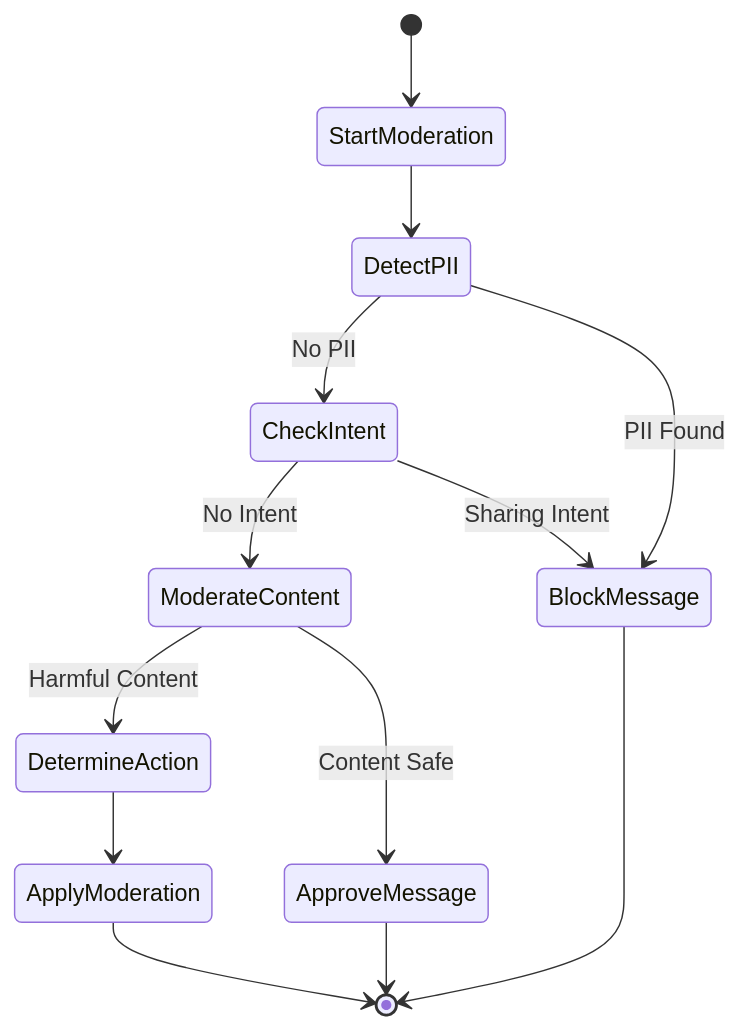
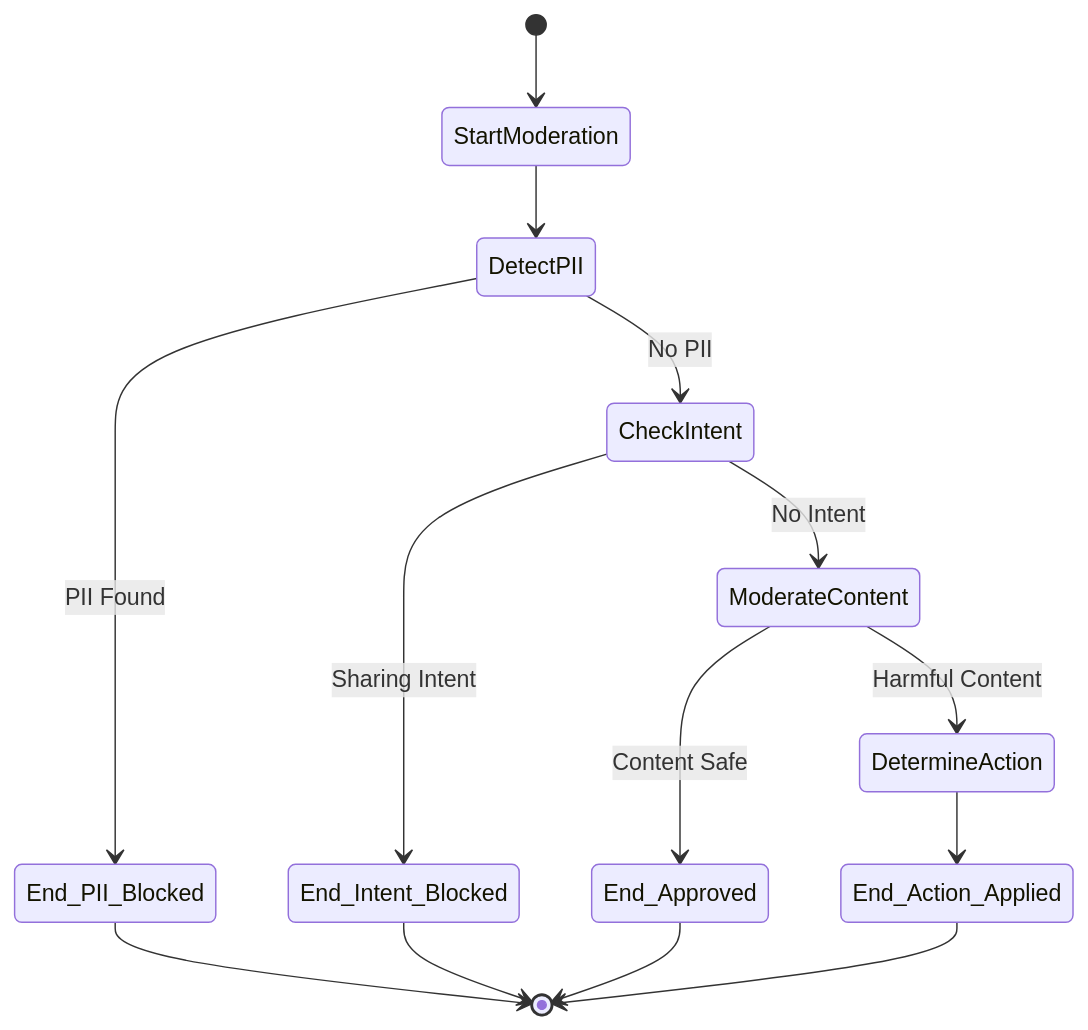
One commit to katjpg/bloom-ai-dashboard changed the first of 2 diagrams in backend/README.md. Above: the diagram before and after it, drawn with Mermaid. The commit also changed other lines of this file, not shown here.

````diff
--- a/backend/README.md
+++ b/backend/README.md
@@ -56,15 +64,16 @@
 ```mermaid
 stateDiagram-v2
     [*] --> StartModeration
     StartModeration --> DetectPII
     DetectPII --> CheckIntent: No PII
-    DetectPII --> BlockMessage: PII Found
+    DetectPII --> End_PII_Blocked: PII Found
     CheckIntent --> ModerateContent: No Intent
-    CheckIntent --> BlockMessage: Sharing Intent
+    CheckIntent --> End_Intent_Blocked: Sharing Intent
     ModerateContent --> DetermineAction: Harmful Content
-    ModerateContent --> ApproveMessage: Content Safe
-    DetermineAction --> ApplyModeration
-    ApplyModeration --> [*]
-    BlockMessage --> [*]
-    ApproveMessage --> [*]
+    ModerateContent --> End_Approved: Content Safe
+    DetermineAction --> End_Action_Applied
+    End_PII_Blocked --> [*]
+    End_Intent_Blocked --> [*]
+    End_Approved --> [*]
+    End_Action_Applied --> [*]
 ```
````
